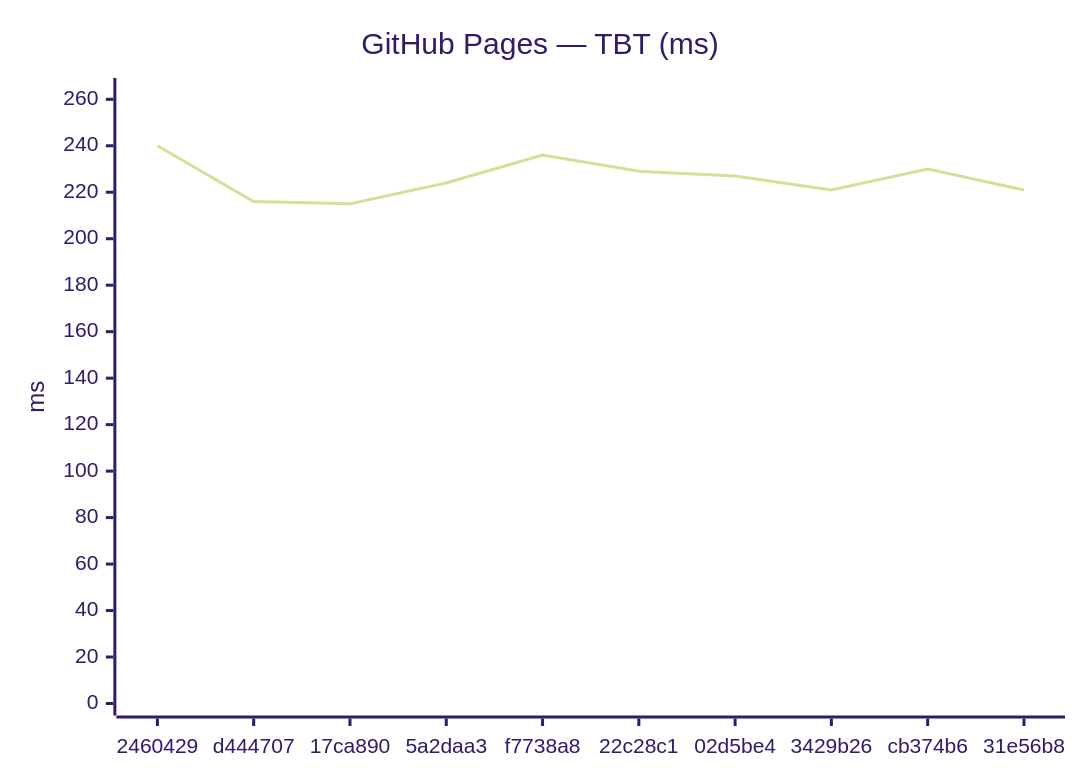
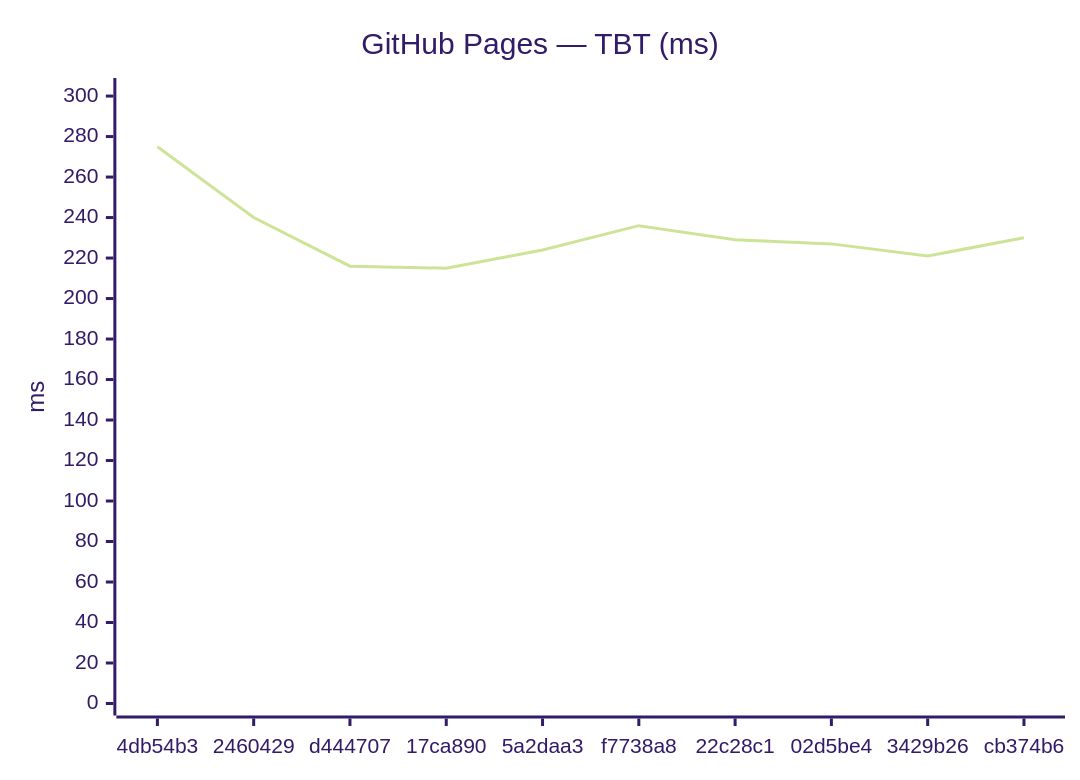
One commit to Metaheurist/Rianell changed the fourth of 18 diagrams in benchmarks/compare.md. Above: the diagram before and after it, drawn with Mermaid (forest theme). The commit also changed other lines of this file and 11 other files, not shown here.

````diff
--- a/benchmarks/compare.md
+++ b/benchmarks/compare.md
@@ -61,7 +61,7 @@
 ```mermaid
 xychart-beta
     title "GitHub Pages — TBT (ms)"
-    x-axis ["2460429", "d444707", "17ca890", "5a2daa3", "f7738a8", "22c28c1", "02d5be4", "3429b26", "cb374b6", "31e56b8"]
-    y-axis "ms" 0 --> 264
-    line [240, 216, 215, 224, 236, 229, 227, 221, 230, 221]
+    x-axis ["4db54b3", "2460429", "d444707", "17ca890", "5a2daa3", "f7738a8", "22c28c1", "02d5be4", "3429b26", "cb374b6"]
+    y-axis "ms" 0 --> 303
+    line [275, 240, 216, 215, 224, 236, 229, 227, 221, 230]
 ```
````
